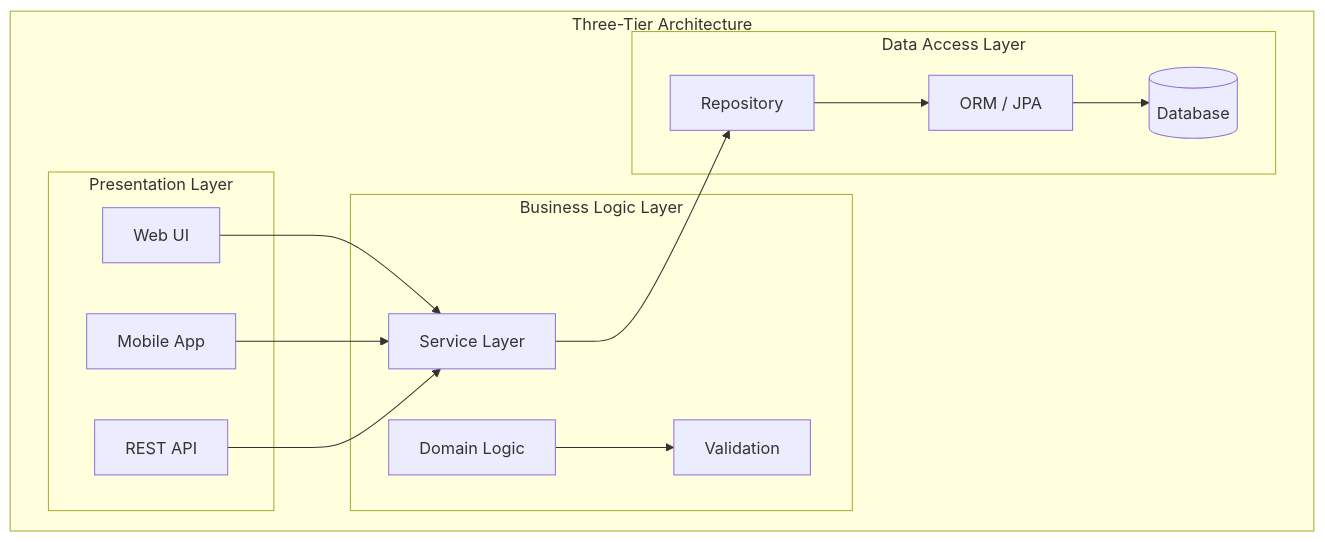
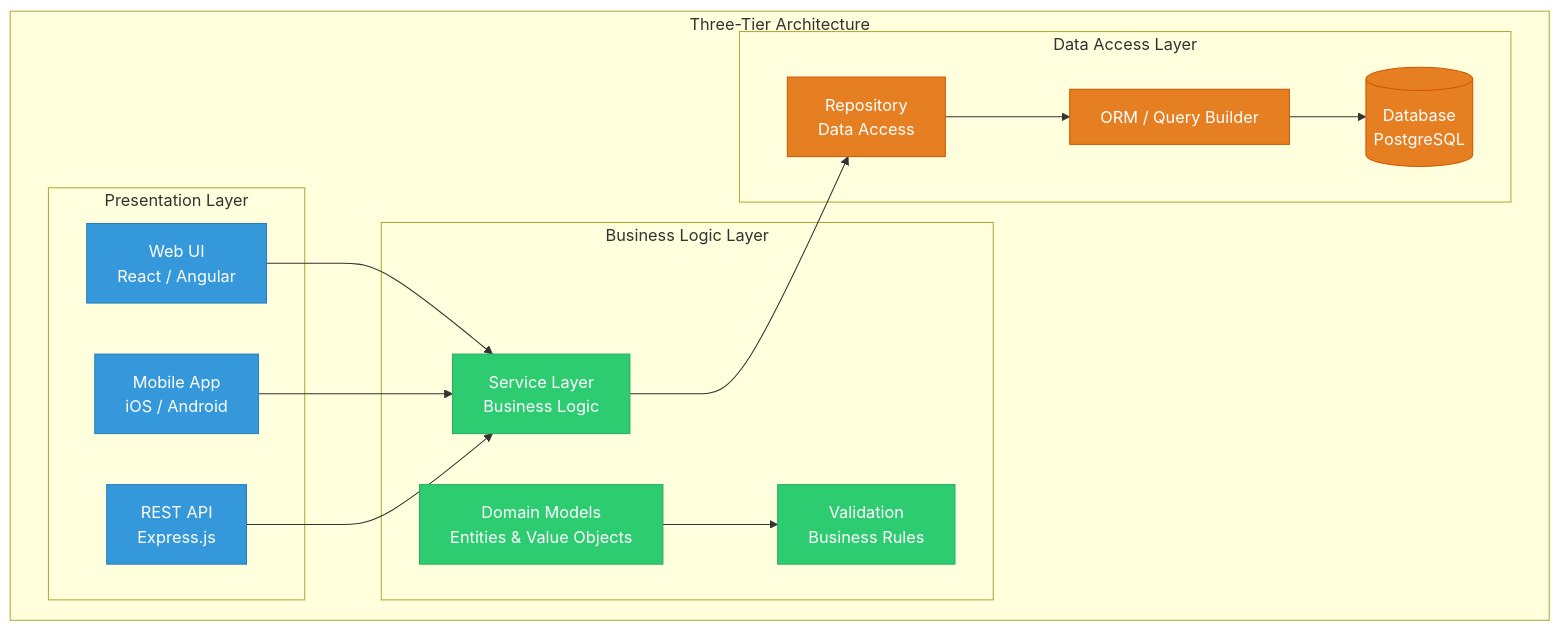
One commit to Raushan666java/ai-engineering-journey changed the second of 9 diagrams in docs/courses/software-engineering/04-architectural-design.md. Above: the diagram before and after it, drawn with Mermaid. The commit also changed other lines of this file and 15 other files, not shown here.

Commit message:
deploy: software-engineering overhaul - 16 chapters expanded to avg 1284L (+7649L), richer Mermaid, more TS, deeper content

````diff
--- a/docs/courses/software-engineering/04-architectural-design.md
+++ b/docs/courses/software-engineering/04-architectural-design.md
@@ -75,27 +115,34 @@
 ```mermaid
 graph TD
     subgraph "Three-Tier Architecture"
         subgraph "Presentation Layer"
-            WEB[Web UI]
-            MOBILE[Mobile App]
-            API[REST API]
+            WEB[Web UI<br/>React / Angular]
+            MOBILE[Mobile App<br/>iOS / Android]
+            API[REST API<br/>Express.js]
         end
         subgraph "Business Logic Layer"
-            SERVICE[Service Layer]
-            DOMAIN[Domain Logic]
-            VALID[Validation]
+            SERVICE[Service Layer<br/>Business Logic]
+            DOMAIN[Domain Models<br/>Entities & Value Objects]
+            VALID[Validation<br/>Business Rules]
         end
         subgraph "Data Access Layer"
-            REPO[Repository]
-            ORM[ORM / JPA]
-            DB[(Database)]
+            REPO[Repository<br/>Data Access]
+            ORM[ORM / Query Builder]
+            DB[(Database<br/>PostgreSQL)]
         end
     end
     WEB --> SERVICE
     MOBILE --> SERVICE
     API --> SERVICE
     SERVICE --> REPO
     DOMAIN --> VALID
     REPO --> ORM
     ORM --> DB
+
+    classDef pres fill:#3498db,stroke:#2980b9,color:#fff
+    classDef bus fill:#2ecc71,stroke:#27ae60,color:#fff
+    classDef data fill:#e67e22,stroke:#d35400,color:#fff
+    class WEB,MOBILE,API pres
+    class SERVICE,DOMAIN,VALID bus
+    class REPO,ORM,DB data
 ```
````
